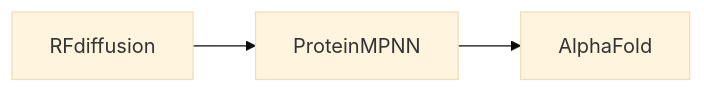
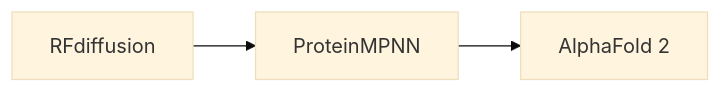
The fourth of 8 diagrams in _posts/2026-8-27-protein-language-models.md (oboy-1/oboy-1.github.io), drawn with Mermaid (base theme) before and after one commit. The commit also changed other lines of this file and 11 other files, not shown here.

````diff
--- a/_posts/2026-8-27-protein-language-models.md
+++ b/_posts/2026-8-27-protein-language-models.md
@@ -881,4 +863,4 @@
 ```mermaid
 flowchart LR
-    A[RFdiffusion] --> B[ProteinMPNN] --> C[AlphaFold]
+    A[RFdiffusion] --> B[ProteinMPNN] --> C[AlphaFold 2]
 ```
````
